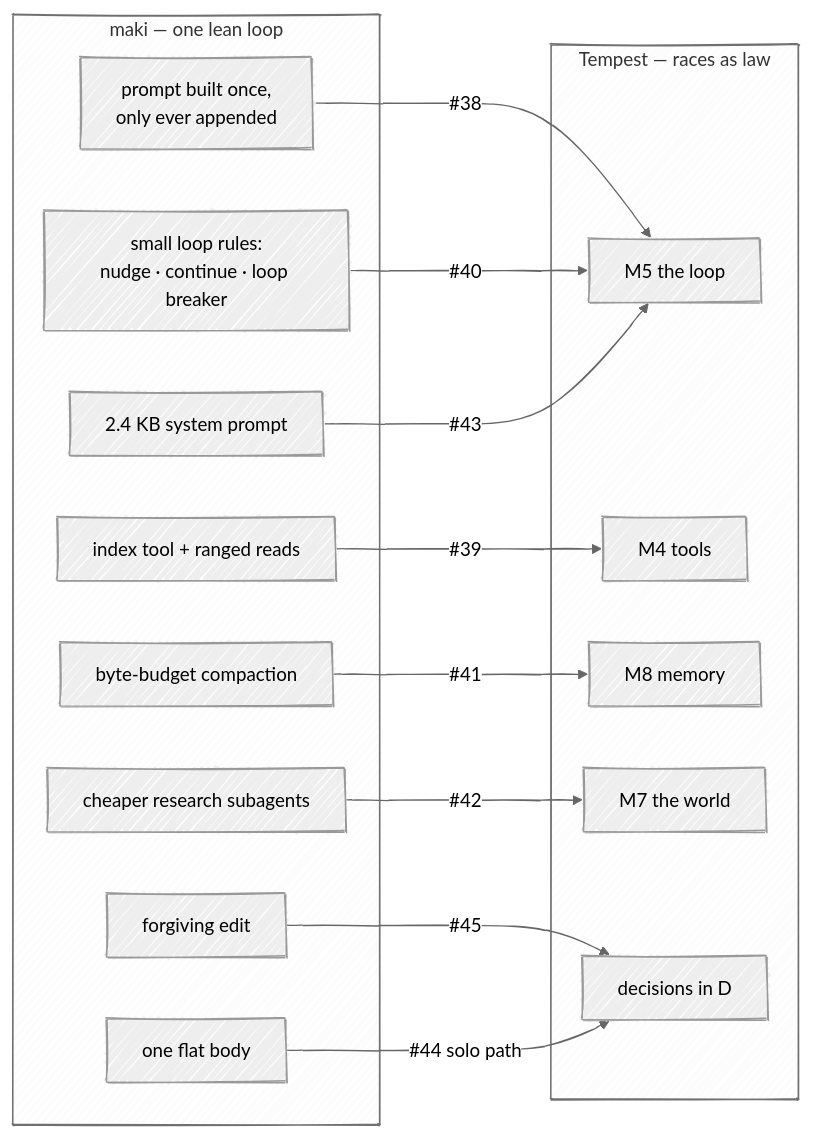
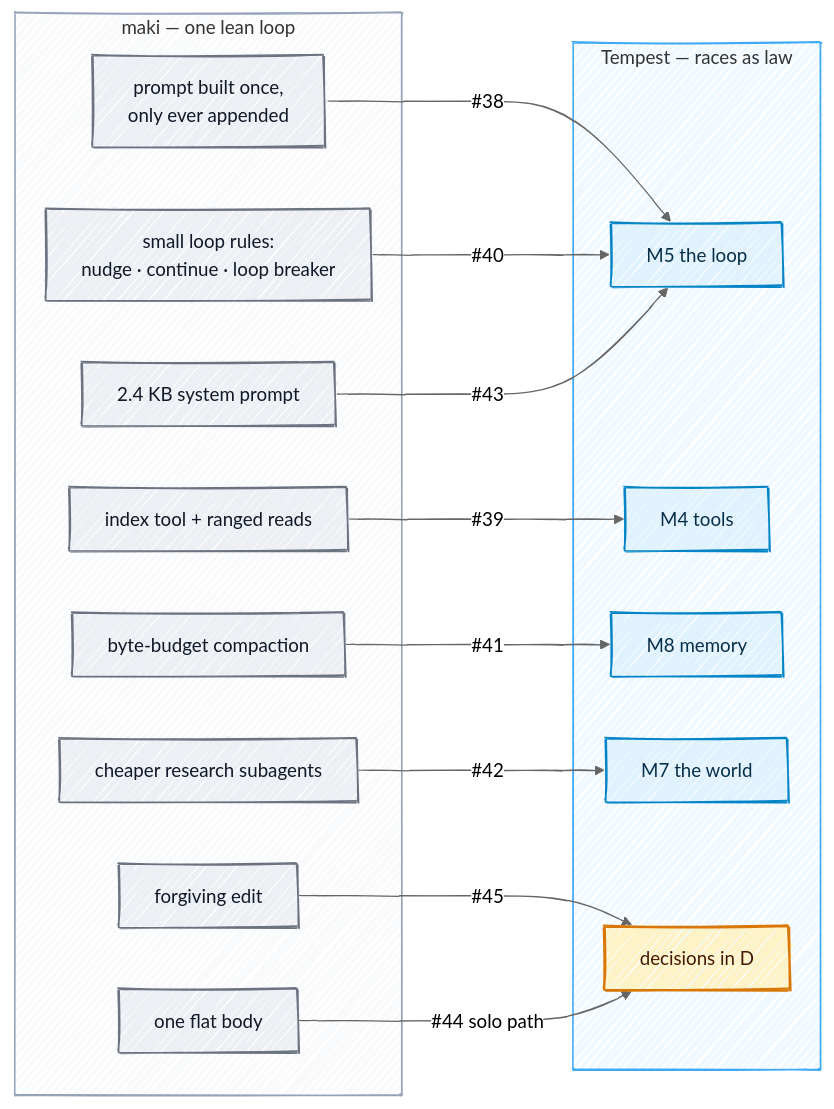
Before and after one commit to Kaginari/mnemorph: the diagram in docs/study-maki.md, drawn with Mermaid. The commit also changed 10 other files, not shown here.

Commit message:
docs: colour in every diagram — one palette, a colour per race, phases in sequence diagrams, labels no longer clipped; the MCP page keeps its diagram only

````diff
--- a/docs/study-maki.md
+++ b/docs/study-maki.md
@@ -9,33 +9,43 @@
 ```mermaid
 ---
 config:
   look: handDrawn
   theme: neutral
+  flowchart:
+    wrappingWidth: 360
 ---
 flowchart LR
     subgraph maki["maki — one lean loop"]
       M1["prompt built once,<br/>only ever appended"]
       M2["index tool + ranged reads"]
       M3["small loop rules:<br/>nudge · continue · loop breaker"]
       M4["byte-budget compaction"]
       M5["cheaper research subagents"]
       M6["2.4 KB system prompt"]
       M7["forgiving edit"]
       M8["one flat body"]
     end
     subgraph tempest["Tempest — races as law"]
       T5["M5 the loop"]
       T4["M4 tools"]
       T8["M8 memory"]
       T7["M7 the world"]
       D["decisions in D"]
     end
     M1 -->|#38| T5
     M3 -->|#40| T5
     M6 -->|#43| T5
     M2 -->|#39| T4
     M4 -->|#41| T8
     M5 -->|#42| T7
     M7 -->|#45| D
     M8 -->|#44 solo path| D
+    classDef outside fill:#eceff3,stroke:#6b7280,stroke-width:1.5px,color:#111827
+    class M1,M2,M3,M4,M5,M6,M7,M8 outside
+    classDef step fill:#e0f2fe,stroke:#0284c7,stroke-width:1.5px,color:#082f49
+    class T4,T5,T7,T8 step
+    classDef gate fill:#fef3c7,stroke:#d97706,stroke-width:2px,color:#451a03
+    class D gate
+    style maki fill:#f8fafc,stroke:#94a3b8
+    style tempest fill:#f0f9ff,stroke:#3FA9F5
 ```
````
